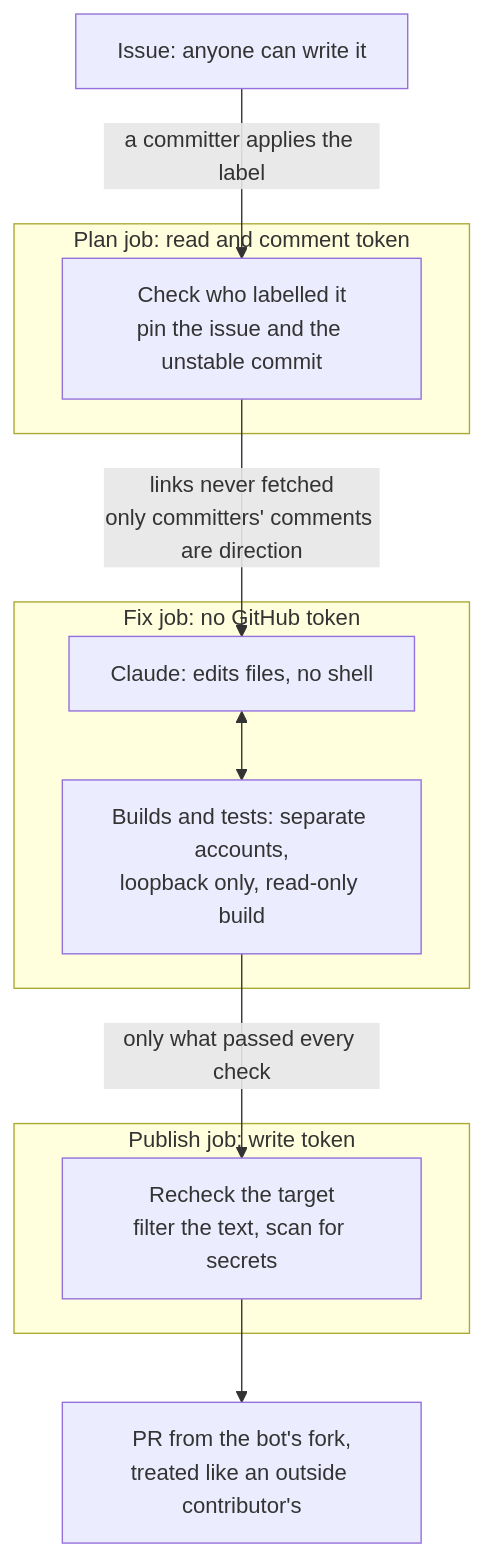
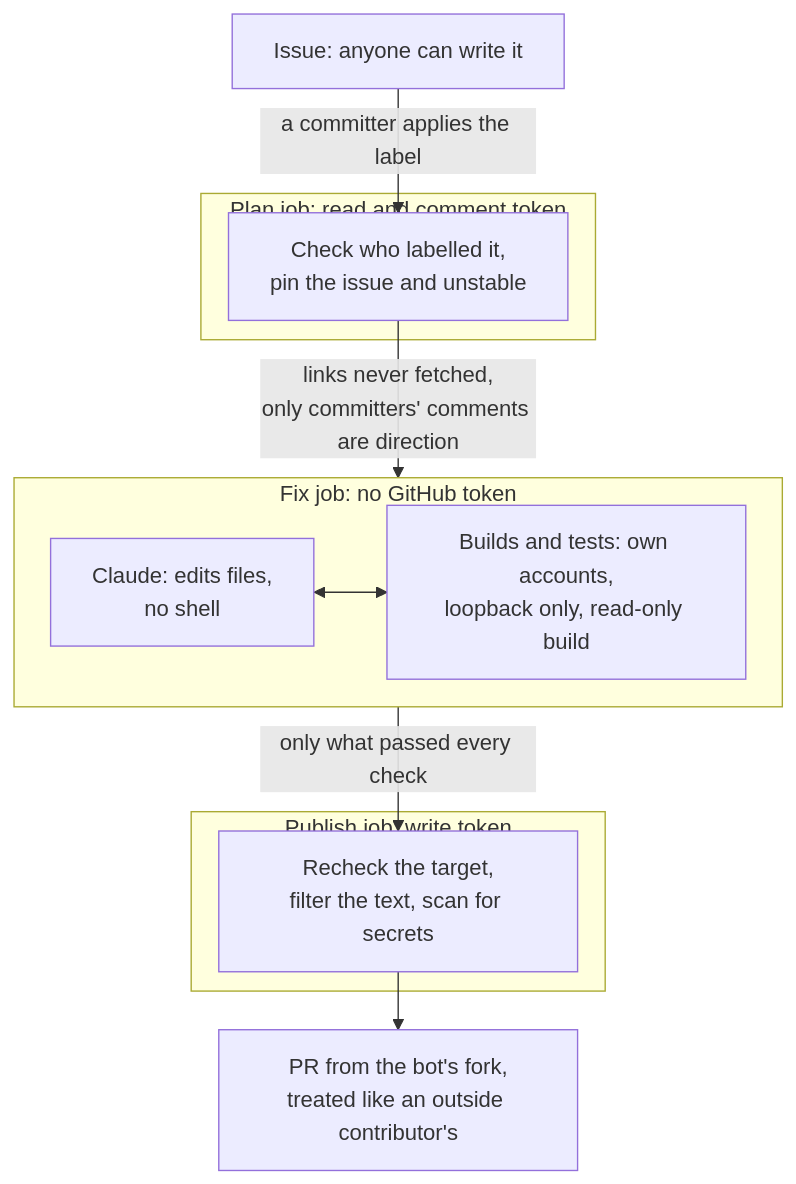
One commit to sarthakaggarwal97/valkey-ci-agent changed the fifth of 5 diagrams in docs/design/software-factory.md. Above: the diagram before and after it, drawn with Mermaid. The commit also changed other lines of this file, not shown here.

Commit message:
Compact the post's diagrams and cut prose that repeats them

````diff
--- a/docs/design/software-factory.md
+++ b/docs/design/software-factory.md
@@ -266,20 +243,18 @@
 ```mermaid
+%%{init: {"flowchart": {"nodeSpacing": 20, "rankSpacing": 28}}}%%
 flowchart TD
-    I["Issue: anyone can write it"]
+    I["Issue: anyone can write it"] -->|"a committer applies the label"| P
     subgraph Plan["Plan job: read and comment token"]
-        P["Check who labelled it<br/>pin the issue and the unstable commit"]
+        P["Check who labelled it,<br/>pin the issue and unstable"]
     end
     subgraph Fix["Fix job: no GitHub token"]
-        C["Claude: edits files, no shell"]
-        T["Builds and tests: separate accounts,<br/>loopback only, read-only build"]
+        direction LR
+        C["Claude: edits files,<br/>no shell"] <--> T["Builds and tests: own accounts,<br/>loopback only, read-only build"]
     end
     subgraph Publish["Publish job: write token"]
-        U["Recheck the target<br/>filter the text, scan for secrets"]
+        U["Recheck the target,<br/>filter the text, scan for secrets"]
     end
-    O["PR from the bot's fork,<br/>treated like an outside contributor's"]
-    I -->|"a committer applies the label"| P
-    P -->|"links never fetched<br/>only committers' comments are direction"| C
-    C <--> T
+    P -->|"links never fetched,<br/>only committers' comments are direction"| C
     T -->|"only what passed every check"| U
-    U --> O
+    U --> O["PR from the bot's fork,<br/>treated like an outside contributor's"]
 ```
````
